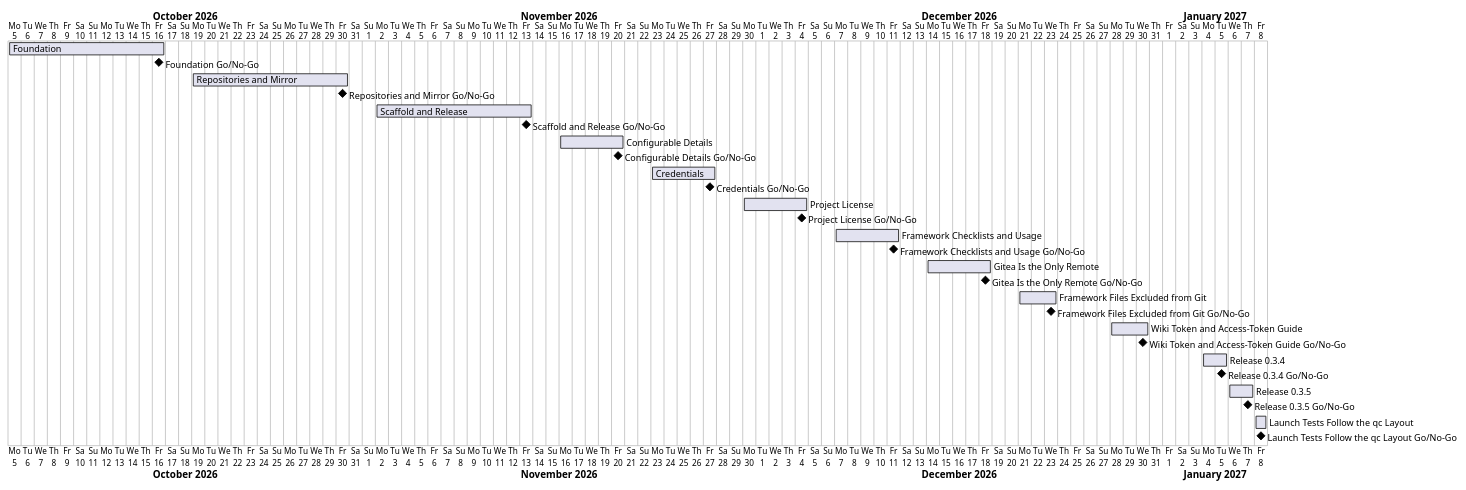
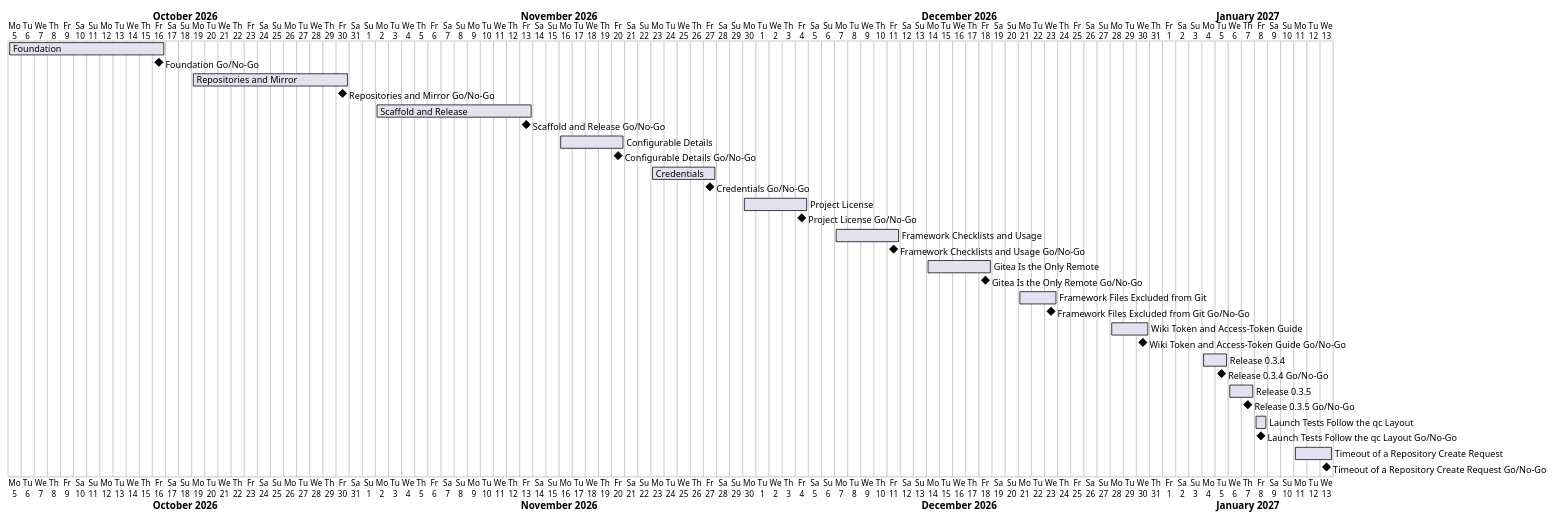
The diagram in docs/project-plan.md (TirSystem-BashScript/RepoFoundry), drawn with PlantUML before and after one commit. The commit also changed other lines of this file and 5 other files, not shown here.

First line of the commit message:
Plan MIL-014: timeout of a repository create request

````diff
--- a/docs/project-plan.md
+++ b/docs/project-plan.md
@@ -46,31 +47,33 @@
 ```plantuml
 @startgantt
 Project starts 2026-10-05
 [Foundation] starts 2026-10-05 and ends 2026-10-16
 [Foundation Go/No-Go] happens 2026-10-16
 [Repositories and Mirror] starts 2026-10-19 and ends 2026-10-30
 [Repositories and Mirror Go/No-Go] happens 2026-10-30
 [Scaffold and Release] starts 2026-11-02 and ends 2026-11-13
 [Scaffold and Release Go/No-Go] happens 2026-11-13
 [Configurable Details] starts 2026-11-16 and ends 2026-11-20
 [Configurable Details Go/No-Go] happens 2026-11-20
 [Credentials] starts 2026-11-23 and ends 2026-11-27
 [Credentials Go/No-Go] happens 2026-11-27
 [Project License] starts 2026-11-30 and ends 2026-12-04
 [Project License Go/No-Go] happens 2026-12-04
 [Framework Checklists and Usage] starts 2026-12-07 and ends 2026-12-11
 [Framework Checklists and Usage Go/No-Go] happens 2026-12-11
 [Gitea Is the Only Remote] starts 2026-12-14 and ends 2026-12-18
 [Gitea Is the Only Remote Go/No-Go] happens 2026-12-18
 [Framework Files Excluded from Git] starts 2026-12-21 and ends 2026-12-23
 [Framework Files Excluded from Git Go/No-Go] happens 2026-12-23
 [Wiki Token and Access-Token Guide] starts 2026-12-28 and ends 2026-12-30
 [Wiki Token and Access-Token Guide Go/No-Go] happens 2026-12-30
 [Release 0.3.4] starts 2027-01-04 and ends 2027-01-05
 [Release 0.3.4 Go/No-Go] happens 2027-01-05
 [Release 0.3.5] starts 2027-01-06 and ends 2027-01-07
 [Release 0.3.5 Go/No-Go] happens 2027-01-07
 [Launch Tests Follow the qc Layout] starts 2027-01-08 and ends 2027-01-08
 [Launch Tests Follow the qc Layout Go/No-Go] happens 2027-01-08
+[Timeout of a Repository Create Request] starts 2027-01-11 and ends 2027-01-13
+[Timeout of a Repository Create Request Go/No-Go] happens 2027-01-13
 @endgantt
 ```
````
